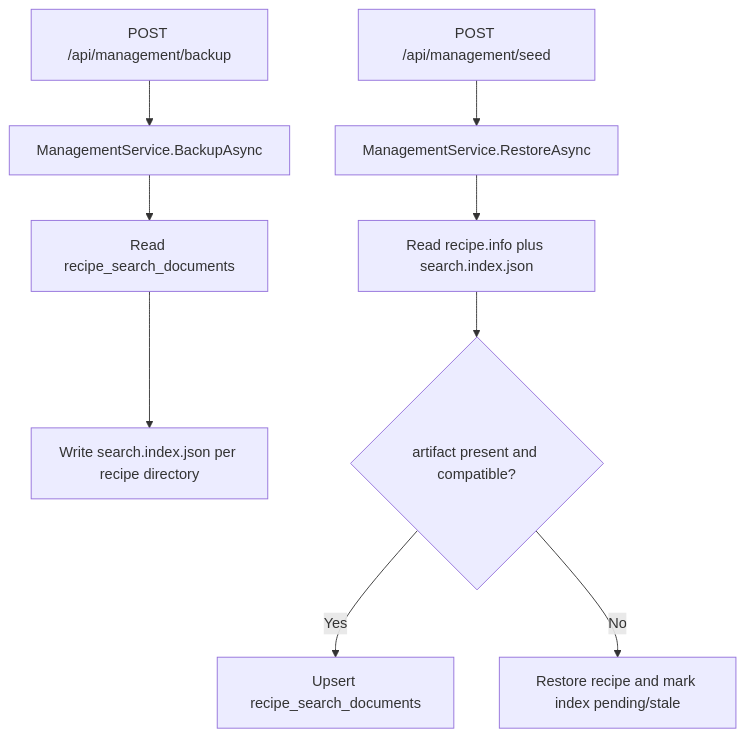
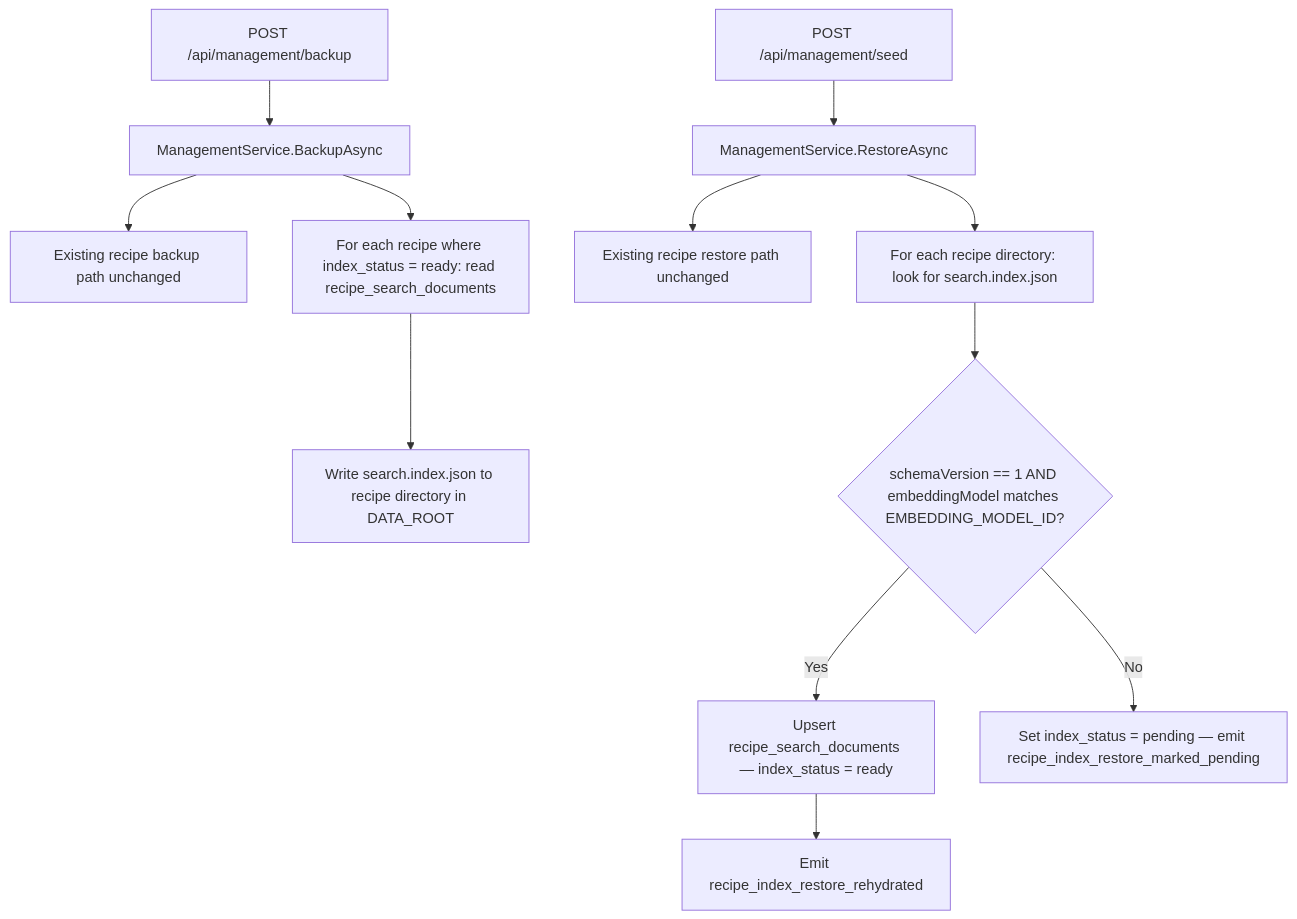
Before and after one commit to AlexandreBrisebois/whats-for-supper: the fourth of 8 diagrams in docs/flows/data-flows/recipe-search-index-and-recovery.md, drawn with Mermaid. The commit also changed other lines of this file and 14 other files, not shown here.

````diff
--- a/docs/flows/data-flows/recipe-search-index-and-recovery.md
+++ b/docs/flows/data-flows/recipe-search-index-and-recovery.md
@@ -217,12 +248,15 @@
 ```mermaid
 flowchart TD
     A[POST /api/management/backup] --> B[ManagementService.BackupAsync]
-    B --> C[Read recipe_search_documents]
-    C --> D[Write search.index.json per recipe directory]
+    B --> C[Existing recipe backup path unchanged]
+    B --> D[For each recipe where index_status = ready: read recipe_search_documents]
+    D --> E[Write search.index.json to recipe directory in DATA_ROOT]
 
-    E[POST /api/management/seed] --> F[ManagementService.RestoreAsync]
-    F --> G[Read recipe.info plus search.index.json]
-    G --> H{artifact present and compatible?}
-    H -->|Yes| I[Upsert recipe_search_documents]
-    H -->|No| J[Restore recipe and mark index pending/stale]
+    F[POST /api/management/seed] --> G[ManagementService.RestoreAsync]
+    G --> H[Existing recipe restore path unchanged]
+    G --> I[For each recipe directory: look for search.index.json]
+    I --> J{schemaVersion == 1 AND embeddingModel matches EMBEDDING_MODEL_ID?}
+    J -->|Yes| K[Upsert recipe_search_documents — index_status = ready]
+    J -->|No| L[Set index_status = pending — emit recipe_index_restore_marked_pending]
+    K --> M[Emit recipe_index_restore_rehydrated]
 ```
````
